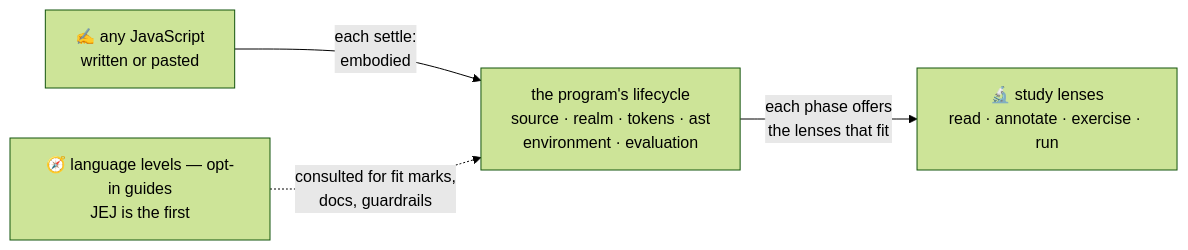
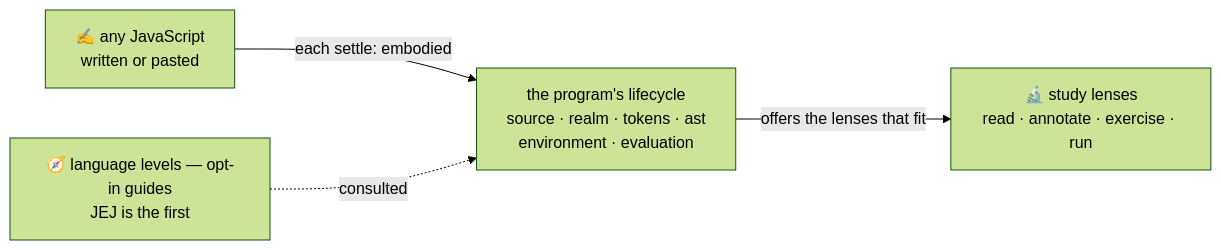
One commit to codeschoolinabox/curricula changed the second of 4 diagrams in src/lib/study-lenses/README.md. Above: the diagram before and after it, drawn with Mermaid (forest theme). The commit also changed other lines of this file and 1 other file, not shown here.

Commit message:
docs: reframe the story to package scope, restore the layer table, and fix mermaid edge labels

````diff
--- a/src/lib/study-lenses/README.md
+++ b/src/lib/study-lenses/README.md
@@ -68,10 +82,10 @@
 ```mermaid
 flowchart LR
     write["✍️ any JavaScript<br/>written or pasted"]
     phases["the program's lifecycle<br/>source · realm · tokens · ast<br/>environment · evaluation"]
     study["🔬 study lenses<br/>read · annotate · exercise · run"]
     levels["🧭 language levels — opt-in guides<br/>JEJ is the first"]
-    write -->|"each settle:<br/>embodied"| phases
-    phases -->|"each phase offers<br/>the lenses that fit"| study
-    levels -.->|"consulted for fit marks,<br/>docs, guardrails"| phases
+    write -->|"each settle: embodied"| phases
+    phases -->|"offers the lenses that fit"| study
+    levels -.->|"consulted"| phases
 ```
````
